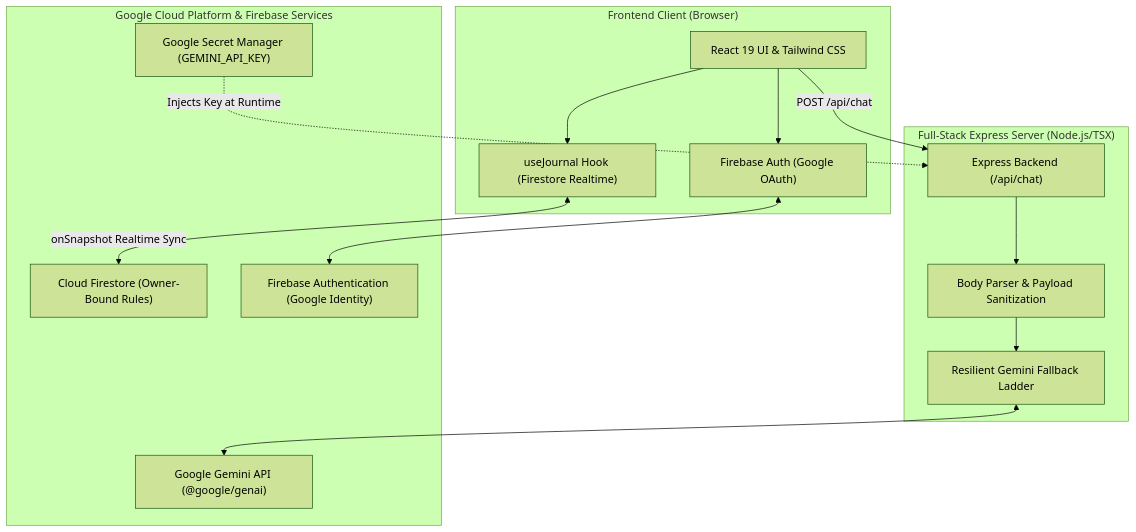
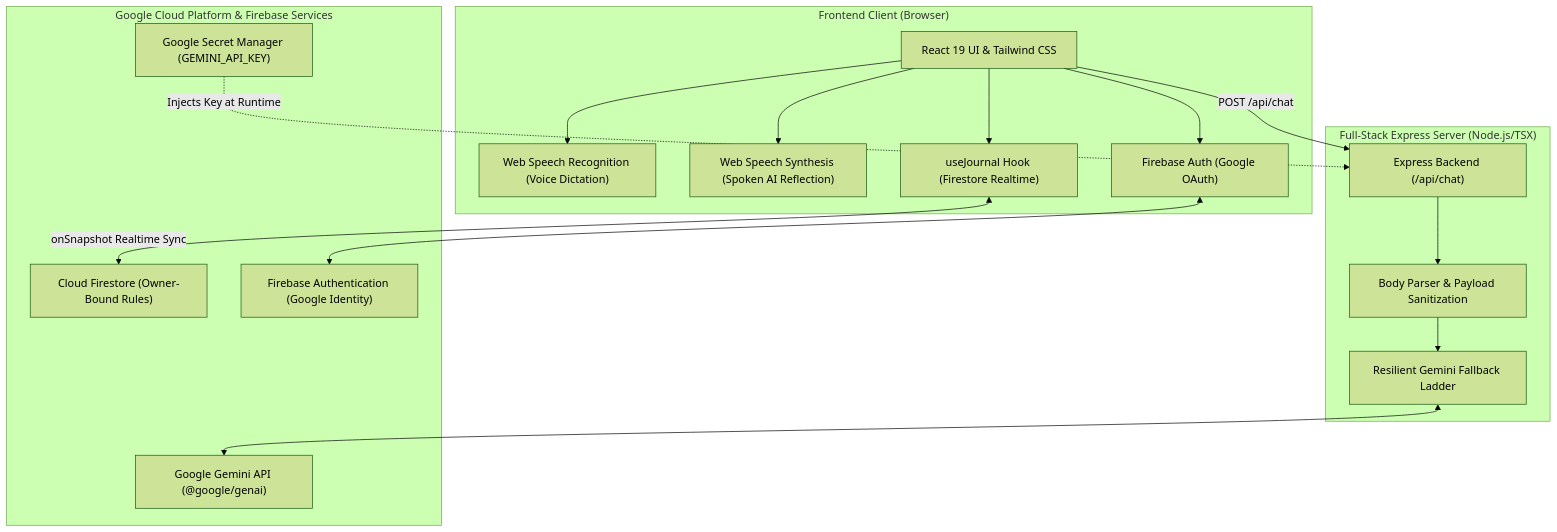
Before and after one commit to tajpriyadarshi/Reflect-AI: the first of 2 diagrams in README.md, drawn with Mermaid (forest theme). The commit also changed other lines of this file and 10 other files, not shown here.

First line of the commit message:
feat: integrate Web Speech API for voice support

````diff
--- a/README.md
+++ b/README.md
@@ -11,31 +11,35 @@
 ```mermaid
 graph TB
     subgraph Client["Frontend Client (Browser)"]
         UI["React 19 UI & Tailwind CSS"]
+        SpeechIn["Web Speech Recognition (Voice Dictation)"]
+        SpeechOut["Web Speech Synthesis (Spoken AI Reflection)"]
         AuthHook["Firebase Auth (Google OAuth)"]
         JournalHook["useJournal Hook (Firestore Realtime)"]
     end
 
     subgraph Backend["Full-Stack Express Server (Node.js/TSX)"]
         Server["Express Backend (/api/chat)"]
         RateLimit["Body Parser & Payload Sanitization"]
         Ladder["Resilient Gemini Fallback Ladder"]
     end
 
     subgraph CloudServices["Google Cloud Platform & Firebase Services"]
         GeminiAPI["Google Gemini API (@google/genai)"]
         Firestore["Cloud Firestore (Owner-Bound Rules)"]
         FirebaseAuth["Firebase Authentication (Google Identity)"]
         SecretMgr["Google Secret Manager (GEMINI_API_KEY)"]
     end
 
+    UI --> SpeechIn
+    UI --> SpeechOut
     UI --> AuthHook
     UI --> JournalHook
     AuthHook <--> FirebaseAuth
     JournalHook <-->|onSnapshot Realtime Sync| Firestore
     UI -->|POST /api/chat| Server
     Server --> RateLimit
     RateLimit --> Ladder
     Ladder <--> GeminiAPI
     SecretMgr -.->|Injects Key at Runtime| Server
 ```
````
